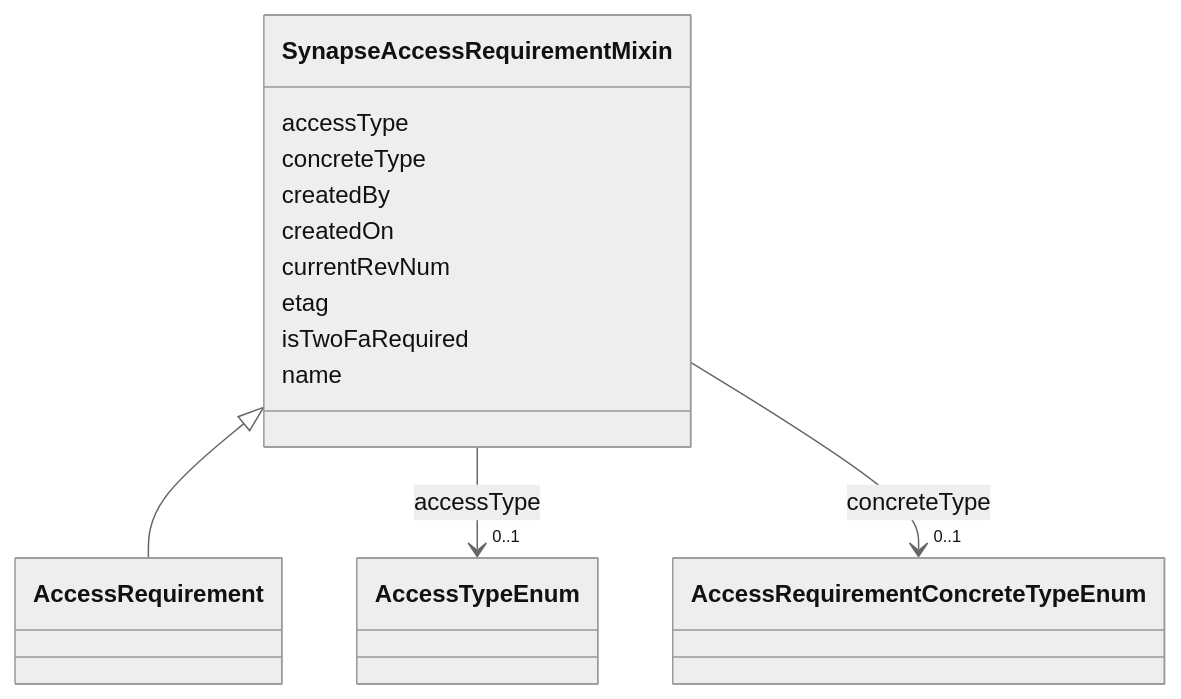
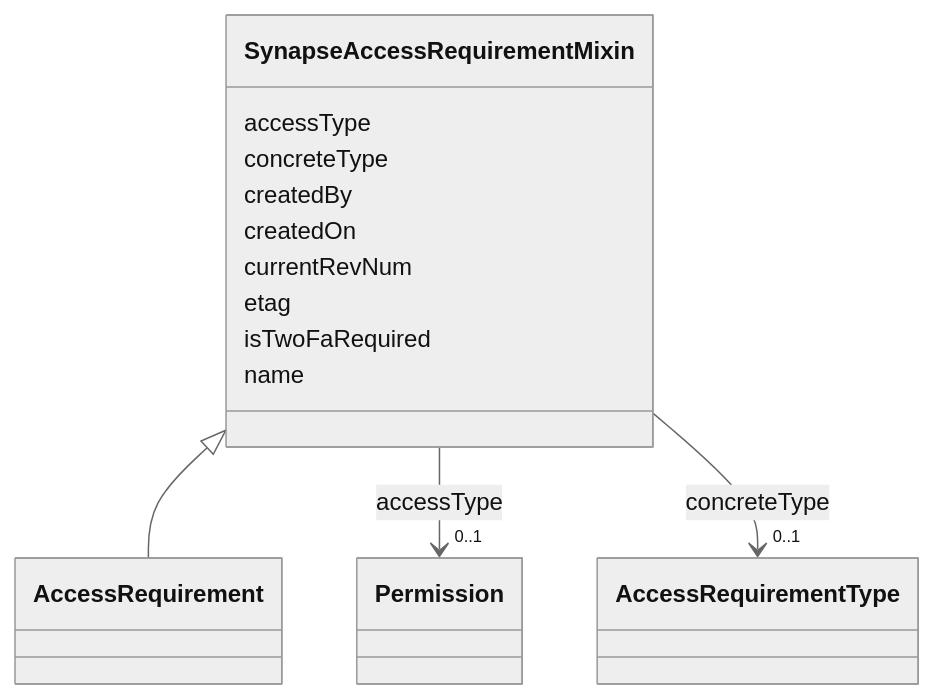
The diagram in docs/reference/classes/SynapseAccessRequirementMixin.md (mc2-center/governanceDUO), drawn with Mermaid (neutral theme) before and after one commit. The commit also changed other lines of this file and 179 other files, not shown here.

````diff
--- a/docs/reference/classes/SynapseAccessRequirementMixin.md
+++ b/docs/reference/classes/SynapseAccessRequirementMixin.md
@@ -23,43 +23,43 @@
 ```mermaid
  classDiagram
     class SynapseAccessRequirementMixin
     click SynapseAccessRequirementMixin href "../../classes/SynapseAccessRequirementMixin/"
       SynapseAccessRequirementMixin <|-- AccessRequirement
         click AccessRequirement href "../../classes/AccessRequirement/"
       
       SynapseAccessRequirementMixin : accessType
         
           
     
         
         
-        SynapseAccessRequirementMixin --> "0..1" AccessTypeEnum : accessType
-        click AccessTypeEnum href "../../enums/AccessTypeEnum/"
+        SynapseAccessRequirementMixin --> "0..1" Permission : accessType
+        click Permission href "../../enums/Permission/"
     
 
         
       SynapseAccessRequirementMixin : concreteType
         
           
     
         
         
-        SynapseAccessRequirementMixin --> "0..1" AccessRequirementConcreteTypeEnum : concreteType
-        click AccessRequirementConcreteTypeEnum href "../../enums/AccessRequirementConcreteTypeEnum/"
+        SynapseAccessRequirementMixin --> "0..1" AccessRequirementType : concreteType
+        click AccessRequirementType href "../../enums/AccessRequirementType/"
     
 
         
       SynapseAccessRequirementMixin : createdBy
         
       SynapseAccessRequirementMixin : createdOn
         
       SynapseAccessRequirementMixin : currentRevNum
         
       SynapseAccessRequirementMixin : etag
         
       SynapseAccessRequirementMixin : isTwoFaRequired
         
       SynapseAccessRequirementMixin : name
         
       
 ```
````
